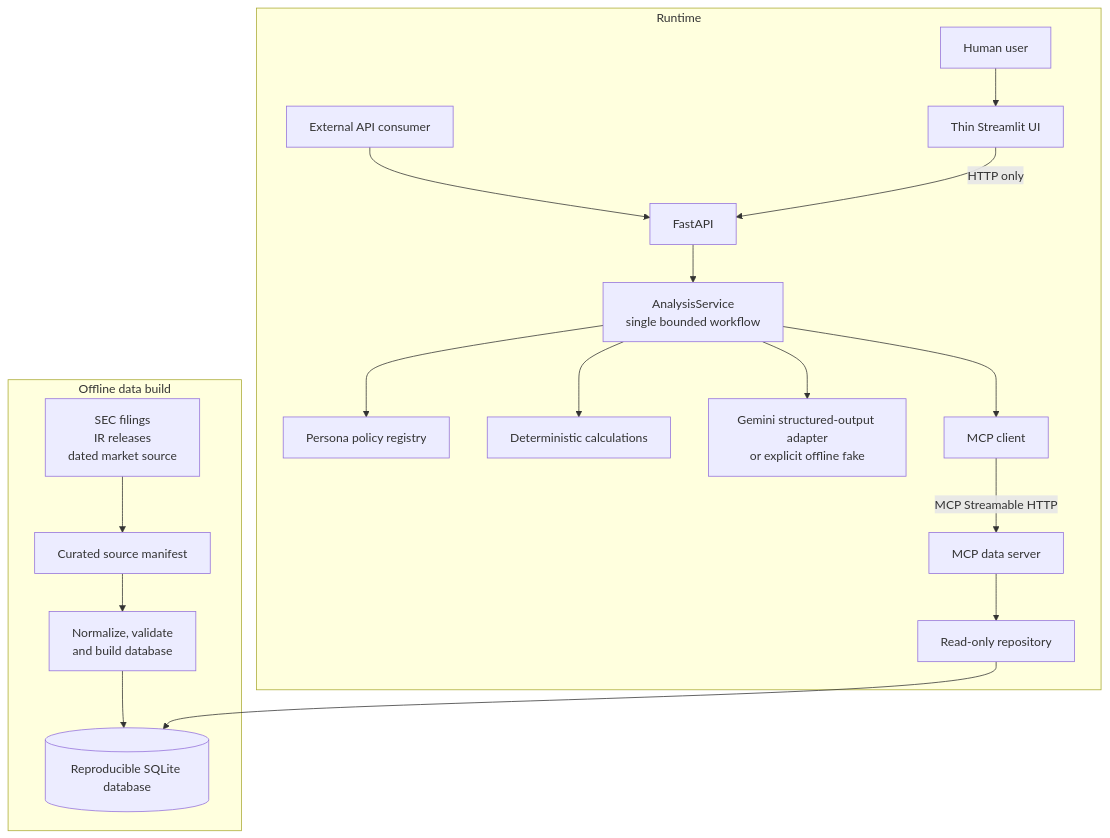
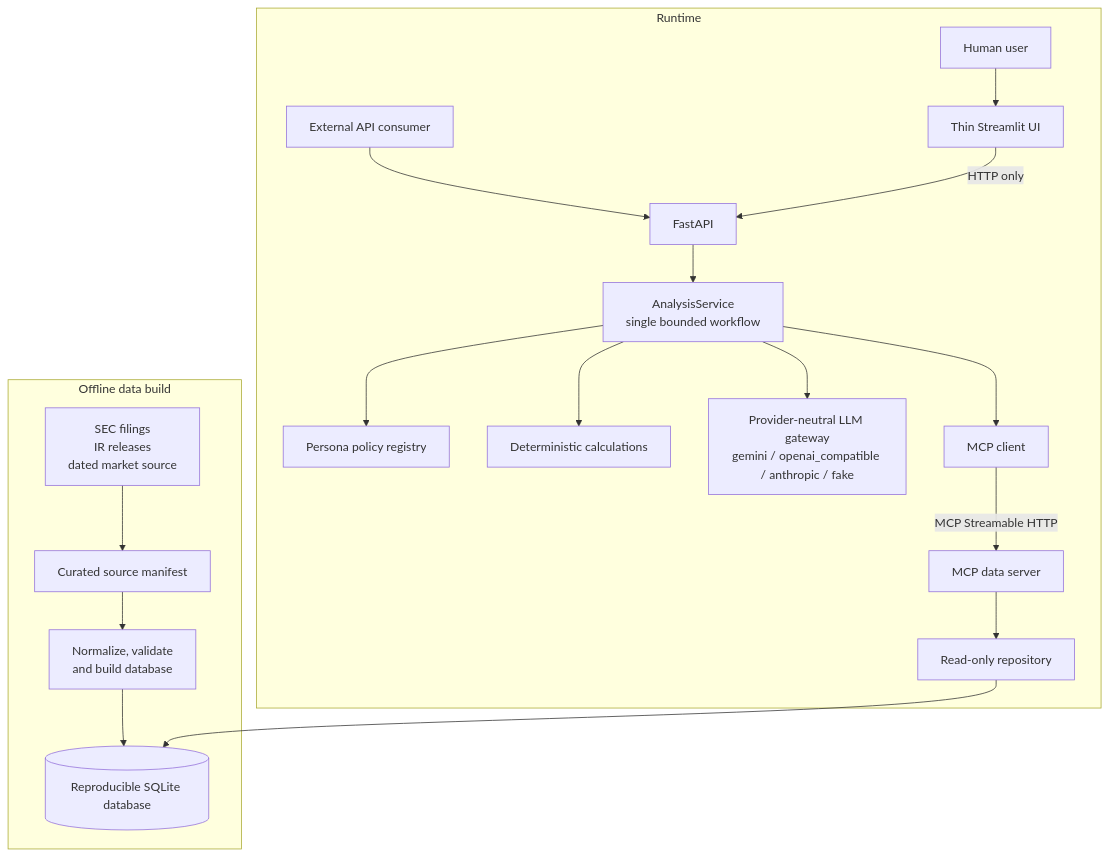
One commit to salujajaskeerat/FinAgent changed the second of 4 diagrams in docs/DESIGN.md. Above: the diagram before and after it, drawn with Mermaid. The commit also changed other lines of this file and 3 other files, not shown here.

First line of the commit message:
docs: rewrite README with schema, MCP design, persona, and what-next write-up

````diff
--- a/docs/DESIGN.md
+++ b/docs/DESIGN.md
@@ -92,27 +97,27 @@
 ```mermaid
 flowchart TB
     subgraph BuildTime["Offline data build"]
         Sources["SEC filings<br/>IR releases<br/>dated market source"]
         Manifest["Curated source manifest"]
         Builder["Normalize, validate<br/>and build database"]
         DB[("Reproducible SQLite database")]
 
         Sources --> Manifest
         Manifest --> Builder
         Builder --> DB
     end
 
     subgraph Runtime["Runtime"]
         Human["Human user"] --> UI["Thin Streamlit UI"]
         Consumer["External API consumer"] --> API["FastAPI"]
         UI -->|"HTTP only"| API
         API --> Agent["AnalysisService<br/>single bounded workflow"]
         Agent --> Policy["Persona policy registry"]
         Agent --> Calculator["Deterministic calculations"]
-        Agent --> LLM["Gemini structured-output adapter<br/>or explicit offline fake"]
+        Agent --> LLM["Provider-neutral LLM gateway<br/>gemini / openai_compatible / anthropic / fake"]
         Agent --> MCPClient["MCP client"]
         MCPClient -->|"MCP Streamable HTTP"| MCPServer["MCP data server"]
         MCPServer --> Repository["Read-only repository"]
         Repository --> DB
     end
 ```
````
